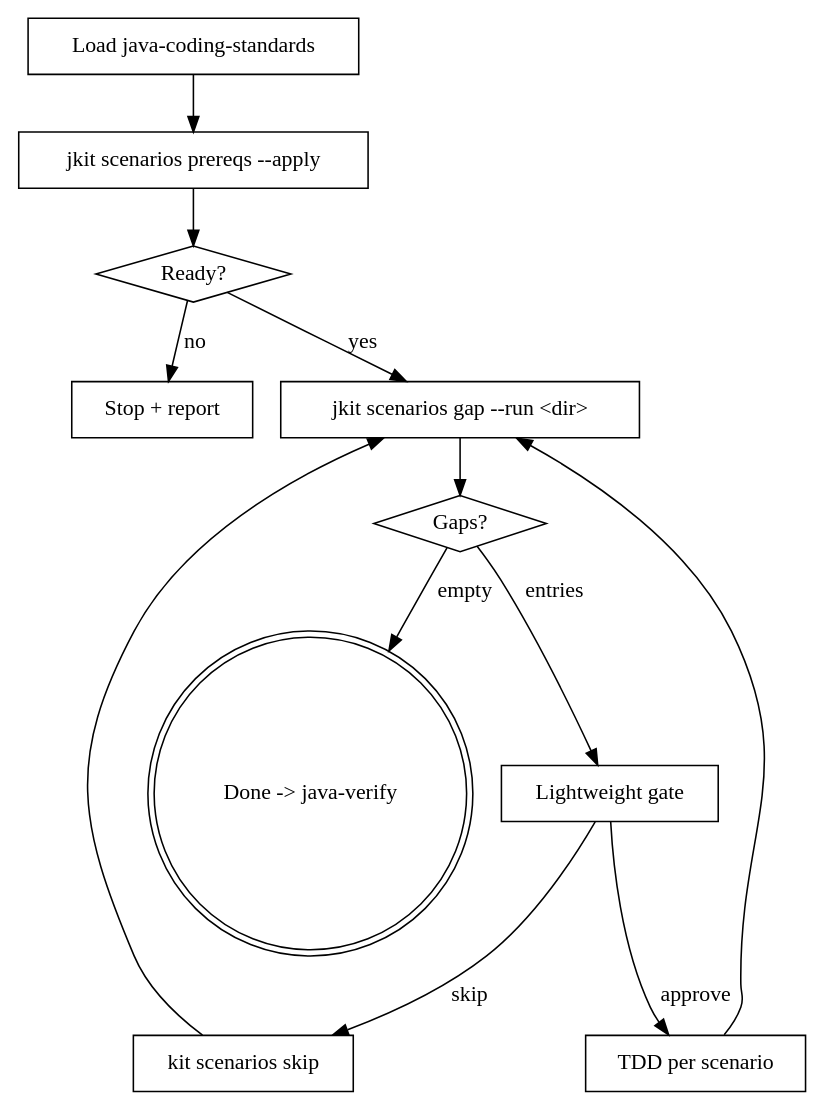
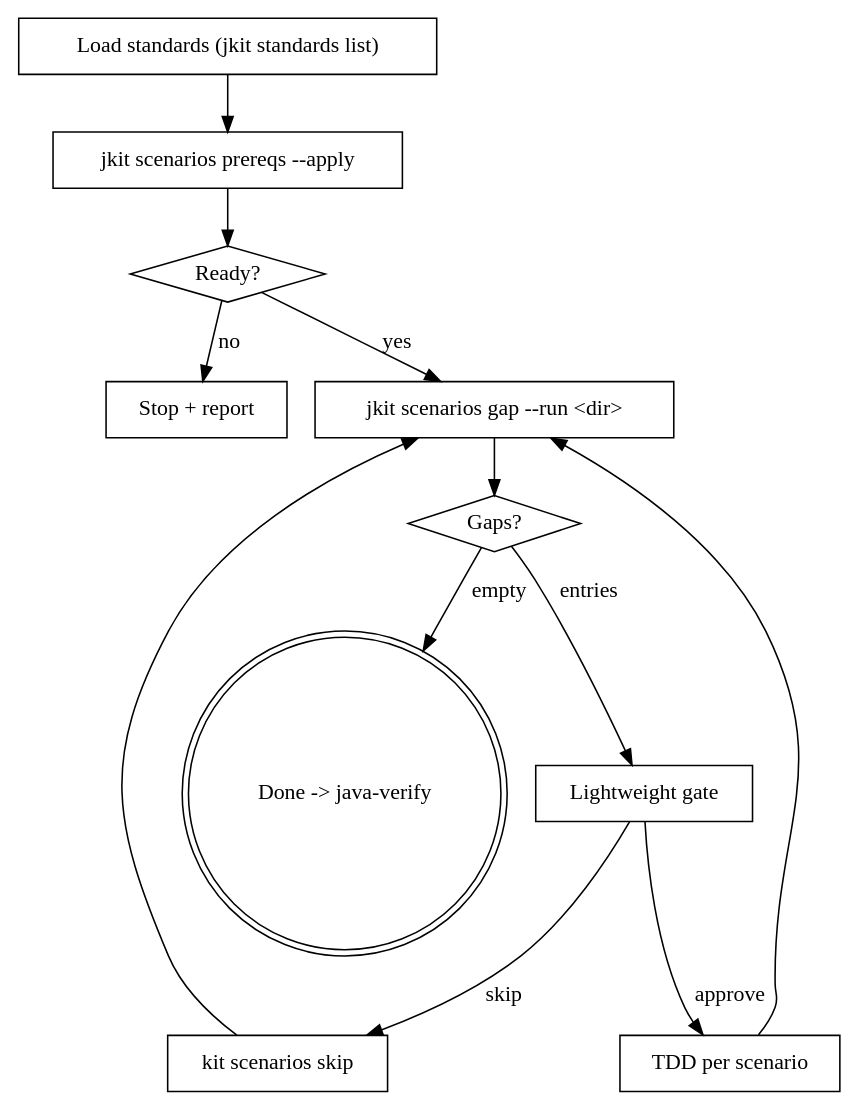
The diagram in skills/scenario-tdd/SKILL.md (honghaowuu/jkit), drawn with Graphviz before and after one commit. The commit also changed other lines of this file, not shown here.

Commit message:
skills/scenario-tdd: switch Step 0 to jkit standards list

````diff
--- a/skills/scenario-tdd/SKILL.md
+++ b/skills/scenario-tdd/SKILL.md
@@ -33,26 +33,26 @@
 ```dot
 digraph scenario_tdd {
-    "Load java-coding-standards" [shape=box];
+    "Load standards (jkit standards list)" [shape=box];
     "jkit scenarios prereqs --apply" [shape=box];
     "Ready?" [shape=diamond];
     "Stop + report" [shape=box];
     "jkit scenarios gap --run <dir>" [shape=box];
     "Gaps?" [shape=diamond];
     "Done -> java-verify" [shape=doublecircle];
     "Lightweight gate" [shape=box];
     "kit scenarios skip" [shape=box];
     "TDD per scenario" [shape=box];
 
-    "Load java-coding-standards" -> "jkit scenarios prereqs --apply";
+    "Load standards (jkit standards list)" -> "jkit scenarios prereqs --apply";
     "jkit scenarios prereqs --apply" -> "Ready?";
     "Ready?" -> "jkit scenarios gap --run <dir>" [label="yes"];
     "Ready?" -> "Stop + report" [label="no"];
     "jkit scenarios gap --run <dir>" -> "Gaps?";
     "Gaps?" -> "Done -> java-verify" [label="empty"];
     "Gaps?" -> "Lightweight gate" [label="entries"];
     "Lightweight gate" -> "TDD per scenario" [label="approve"];
     "Lightweight gate" -> "kit scenarios skip" [label="skip"];
     "kit scenarios skip" -> "jkit scenarios gap --run <dir>";
     "TDD per scenario" -> "jkit scenarios gap --run <dir>";
 }
 ```
````
